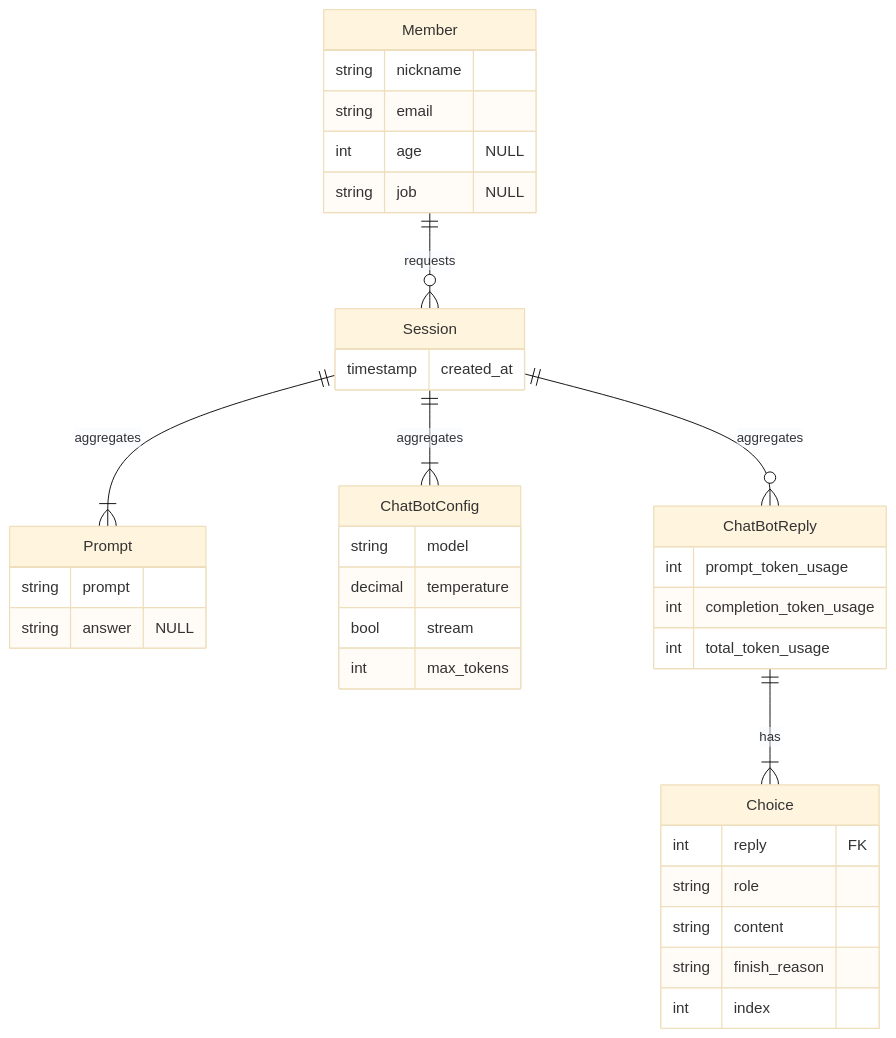
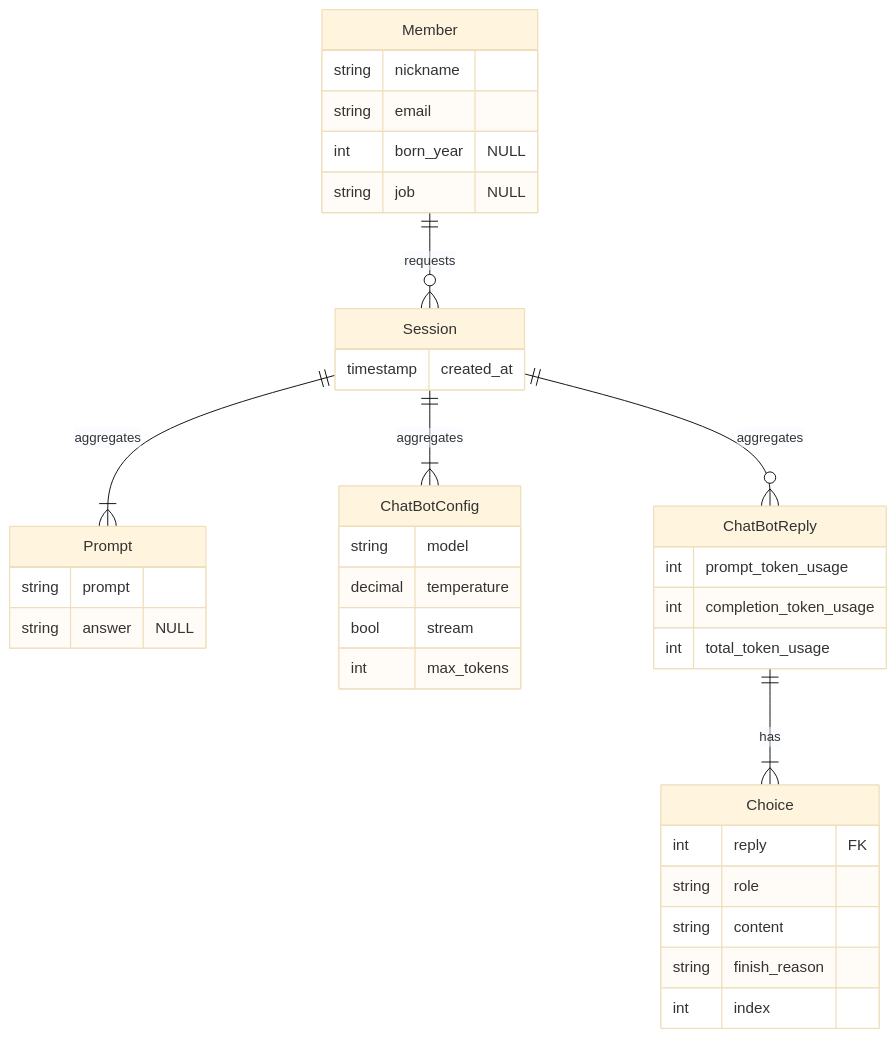
The fourth of 4 diagrams in docs/3차 프로젝트, ChatGPT를 이용한 챗봇 애플리케이션 - estsoft {Django, DRF}.md (ChoiWheatley/ChoiWheatley.github.io), drawn with Mermaid (base theme) before and after one commit. The commit also changed other lines of this file, not shown here.

Commit message:
vault backup: 2023-07-30T19:48:56

````diff
--- a/docs/3차 프로젝트, ChatGPT를 이용한 챗봇 애플리케이션 - estsoft {Django, DRF}.md
+++ b/docs/3차 프로젝트, ChatGPT를 이용한 챗봇 애플리케이션 - estsoft {Django, DRF}.md
@@ -225,45 +225,45 @@
 ```mermaid
 erDiagram
 	Member ||--o{ Session : requests
 	Session ||--|{ Prompt : aggregates
 	Session ||--|{ ChatBotConfig : aggregates
 	Session ||--o{ ChatBotReply : aggregates
 	ChatBotReply ||--|{ Choice : has
 
 	Member {
 		string nickname
 		string email
-		int age "NULL"
+		int born_year "NULL"
 		string job "NULL"
 	}
 
 	Session {
 		timestamp created_at
 	}
 
 	Prompt {
 		string prompt
 		string answer "NULL"
 	}
 
 	ChatBotConfig {
 		string model
 		decimal temperature
 		bool stream
 		int max_tokens
 	}
 
 	ChatBotReply {
 		int prompt_token_usage
 		int completion_token_usage
 		int total_token_usage
 	}
 
 	Choice {
 		int reply FK
 		string role
 		string content
 		string finish_reason
 		int index
 	}
 ```
````
